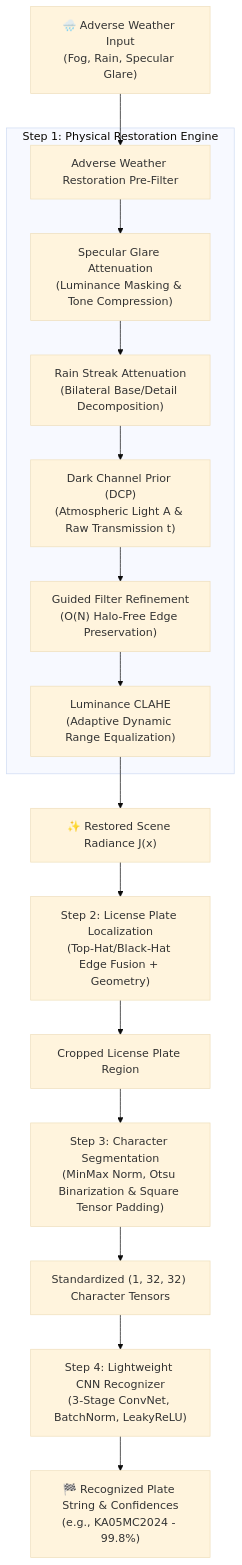
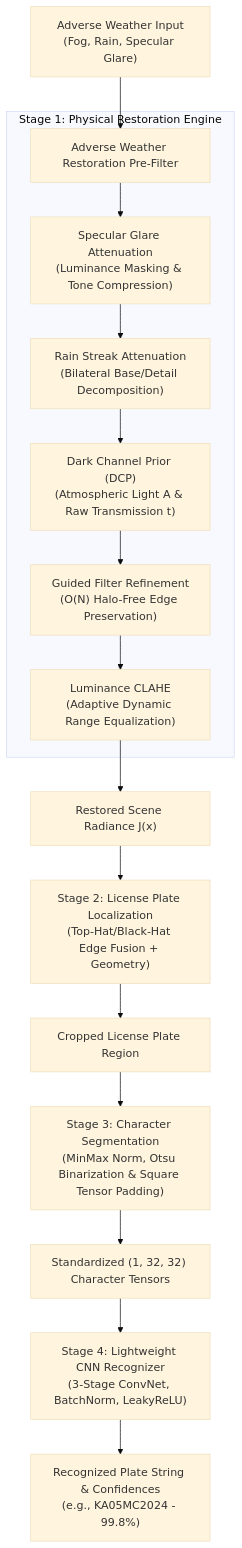
The diagram in README.md (Aditya-0x/GhostPlate), drawn with Mermaid (base theme) before and after one commit. The commit also changed other lines of this file, not shown here.

````diff
--- a/README.md
+++ b/README.md
@@ -55,23 +56,23 @@
 ```mermaid
 flowchart TD
-    In["🌧️ Adverse Weather Input\n(Fog, Rain, Specular Glare)"] --> Pre["Adverse Weather Restoration Pre-Filter"]
+    In["Adverse Weather Input\n(Fog, Rain, Specular Glare)"] --> Pre["Adverse Weather Restoration Pre-Filter"]
 
-    subgraph PreFilter ["Step 1: Physical Restoration Engine"]
+    subgraph PreFilter ["Stage 1: Physical Restoration Engine"]
         Pre --> G["Specular Glare Attenuation\n(Luminance Masking & Tone Compression)"]
         G --> R["Rain Streak Attenuation\n(Bilateral Base/Detail Decomposition)"]
         R --> DCP["Dark Channel Prior (DCP)\n(Atmospheric Light A & Raw Transmission t)"]
         DCP --> GF["Guided Filter Refinement\n(O(N) Halo-Free Edge Preservation)"]
         GF --> CL["Luminance CLAHE\n(Adaptive Dynamic Range Equalization)"]
     end
 
-    CL --> Restored["✨ Restored Scene Radiance J(x)"]
+    CL --> Restored["Restored Scene Radiance J(x)"]
 
-    Restored --> Det["Step 2: License Plate Localization\n(Top-Hat/Black-Hat Edge Fusion + Geometry)"]
+    Restored --> Det["Stage 2: License Plate Localization\n(Top-Hat/Black-Hat Edge Fusion + Geometry)"]
     Det --> Crop["Cropped License Plate Region"]
 
-    Crop --> Seg["Step 3: Character Segmentation\n(MinMax Norm, Otsu Binarization & Square Tensor Padding)"]
+    Crop --> Seg["Stage 3: Character Segmentation\n(MinMax Norm, Otsu Binarization & Square Tensor Padding)"]
     Seg --> Chars["Standardized (1, 32, 32) Character Tensors"]
 
-    Chars --> CNN["Step 4: Lightweight CNN Recognizer\n(3-Stage ConvNet, BatchNorm, LeakyReLU)"]
-    CNN --> Out["🏁 Recognized Plate String & Confidences\n(e.g., KA05MC2024 - 99.8%)"]
+    Chars --> CNN["Stage 4: Lightweight CNN Recognizer\n(3-Stage ConvNet, BatchNorm, LeakyReLU)"]
+    CNN --> Out["Recognized Plate String & Confidences\n(e.g., KA05MC2024 - 99.8%)"]
 ```
````
